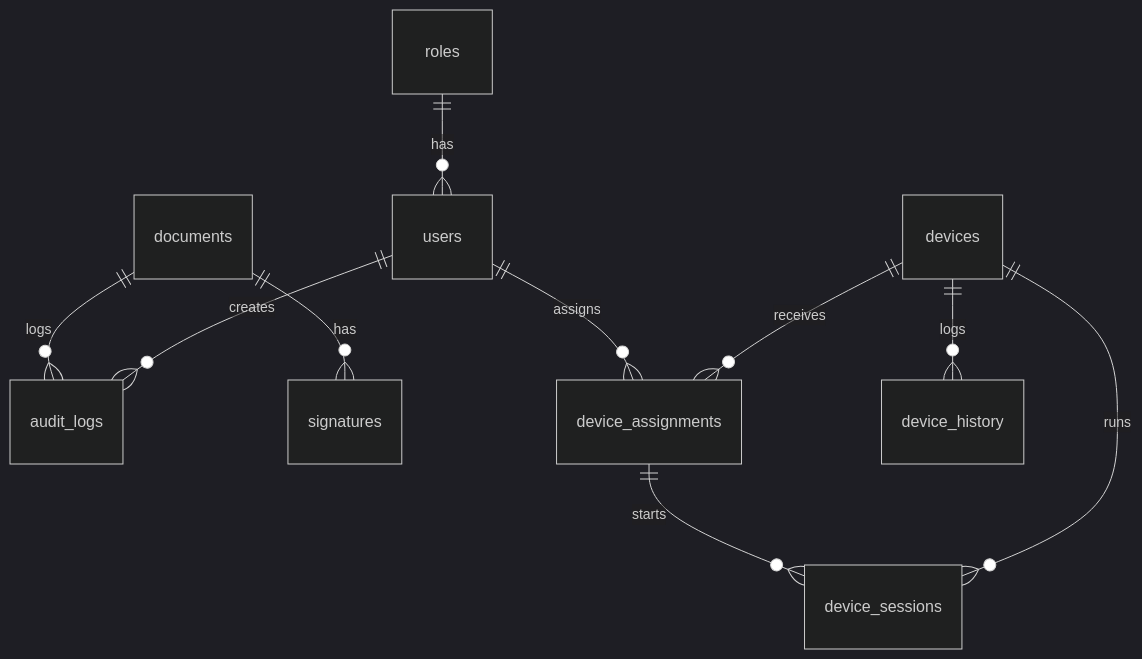
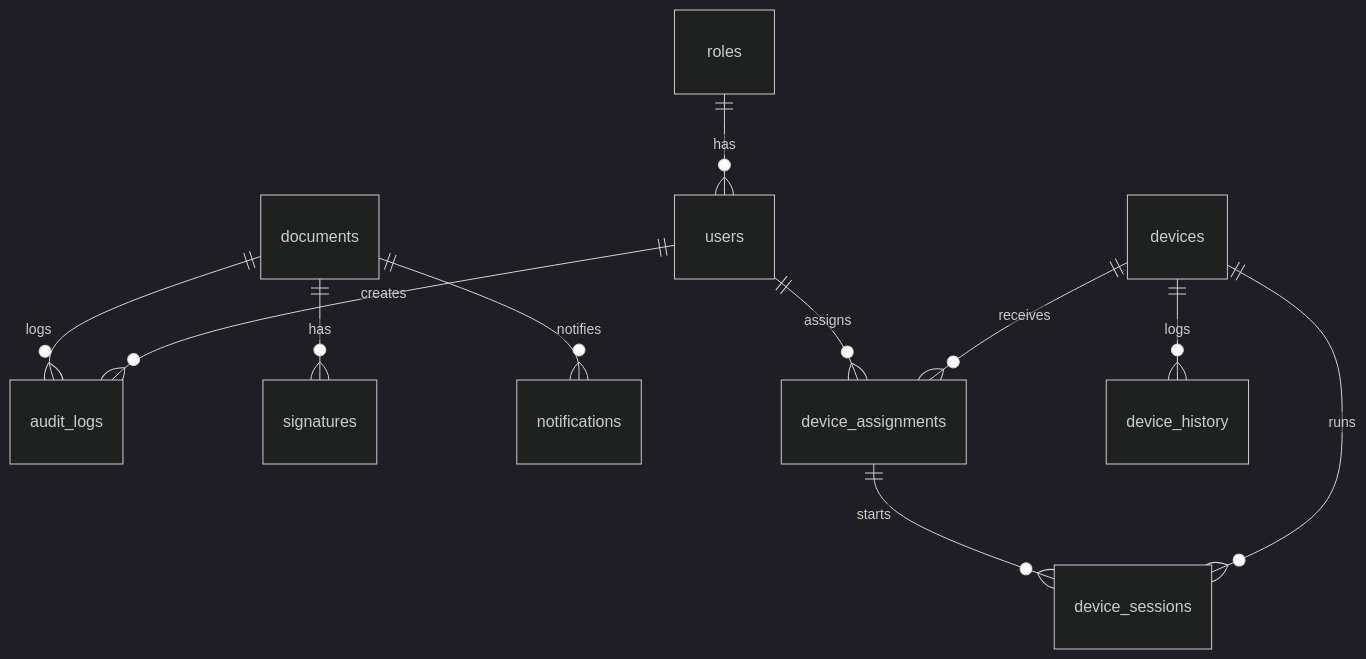
One commit to dareinelt/PatSign changed the diagram in docs/datenbankschema.md. Above: the diagram before and after it, drawn with Mermaid (dark theme). The commit also changed other lines of this file and 15 other files, not shown here.

````diff
--- a/docs/datenbankschema.md
+++ b/docs/datenbankschema.md
@@ -7,12 +7,13 @@
 ```mermaid
 erDiagram
   roles ||--o{ users : has
   users ||--o{ audit_logs : creates
   documents ||--o{ signatures : has
   documents ||--o{ audit_logs : logs
+  documents ||--o{ notifications : notifies
   devices ||--o{ device_assignments : receives
   devices ||--o{ device_sessions : runs
   devices ||--o{ device_history : logs
   device_assignments ||--o{ device_sessions : starts
   users ||--o{ device_assignments : assigns
 ```
````
